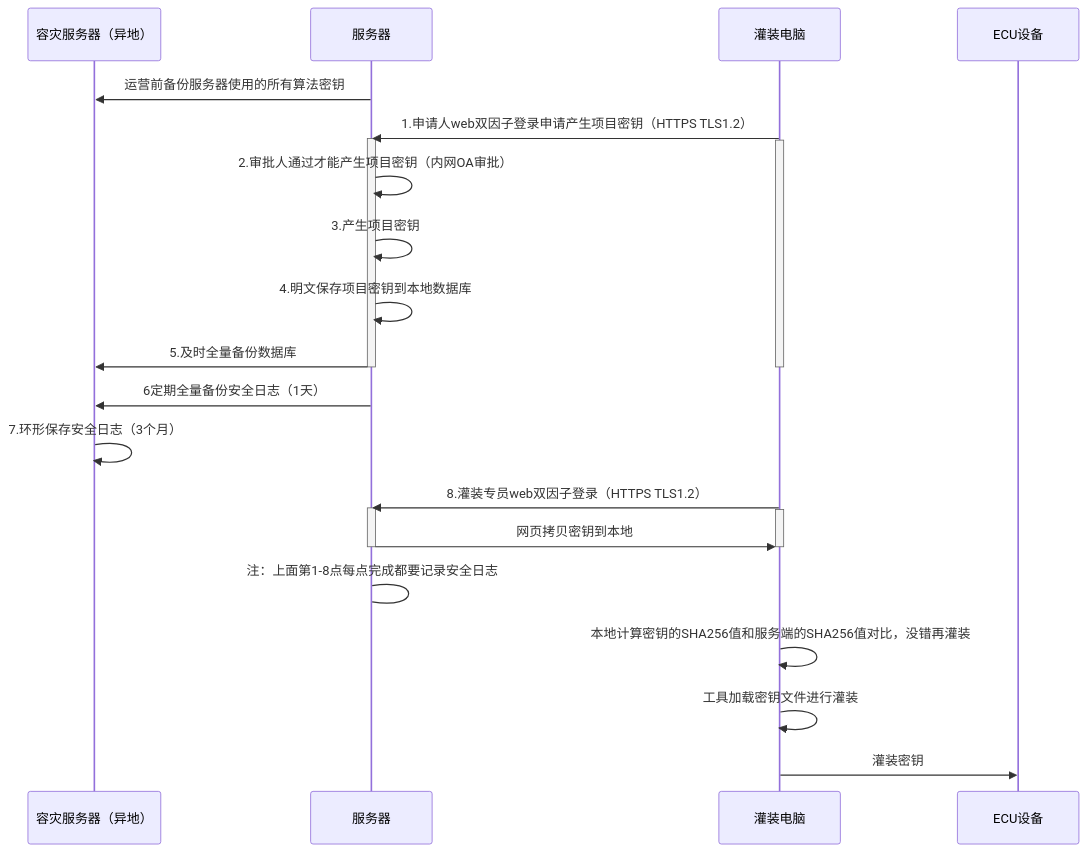
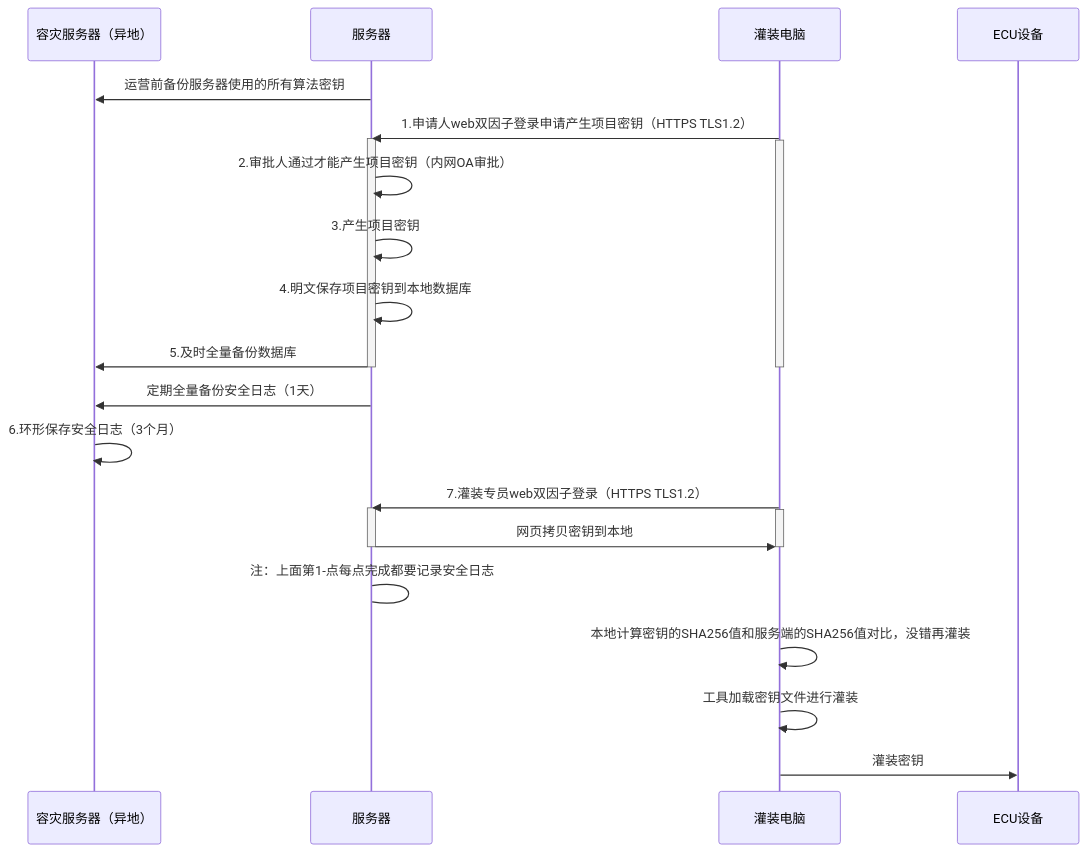
The diagram in all/未命名-20.md (facebook-cloud/iodraw-files), drawn with Mermaid before and after one commit.

Commit message:
2026-03-28 09:33:52 update

````diff
--- a/all/未命名-20.md
+++ b/all/未命名-20.md
@@ -1,35 +1,35 @@
 ```mermaid
 sequenceDiagram
     participant A as 容灾服务器（异地）
     participant B as 服务器
     participant D as 灌装电脑
     participant E as ECU设备
 
     B->>A: 运营前备份服务器使用的所有算法密钥
     D->>B: 1.申请人web双因子登录申请产生项目密钥（HTTPS TLS1.2）
     activate B
     activate D
     B->>B: 2.审批人通过才能产生项目密钥（内网OA审批）
     B->>B: 3.产生项目密钥
     B->>B: 4.明文保存项目密钥到本地数据库
     B->>A: 5.及时全量备份数据库
 
     deactivate B
     deactivate D
 
-    B->>A: 6定期全量备份安全日志（1天）
-    A->>A: 7.环形保存安全日志（3个月）
+    B->>A: 定期全量备份安全日志（1天）
+    A->>A: 6.环形保存安全日志（3个月）
     
-    D->>B: 8.灌装专员web双因子登录（HTTPS TLS1.2）
+    D->>B: 7.灌装专员web双因子登录（HTTPS TLS1.2）
     activate B
     activate D
     B->>D: 网页拷贝密钥到本地
     deactivate B
     deactivate D
-    B->B: 注：上面第1-8点每点完成都要记录安全日志
+    B->B: 注：上面第1-点每点完成都要记录安全日志
 
     D->>D:本地计算密钥的SHA256值和服务端的SHA256值对比，没错再灌装
     D->>D:工具加载密钥文件进行灌装
     
     D->>E: 灌装密钥
 ```
````
